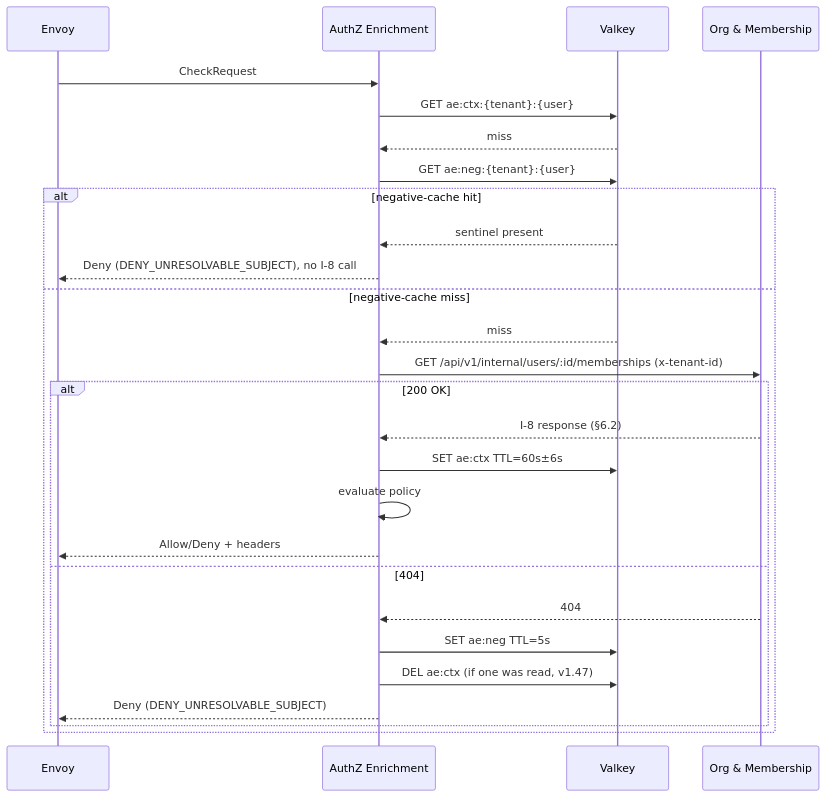
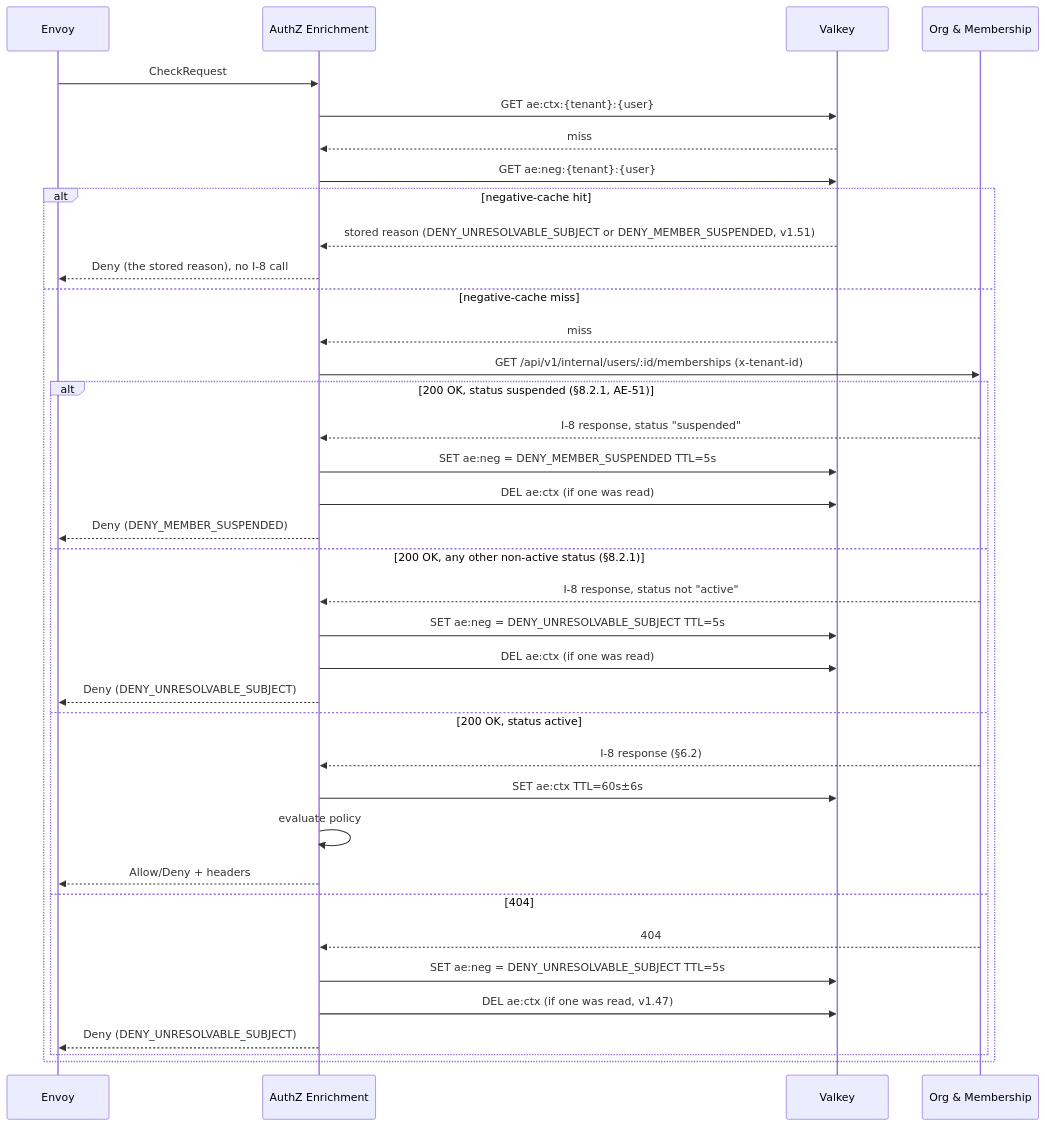
The fourth of 8 diagrams in docs/lld/iam-lld-authz-enrichment.md (BCBP-SOLUTIONS-FZC-LLC/iam-authz-enrichment), drawn with Mermaid before and after one commit. The commit also changed other lines of this file and 44 other files, not shown here.

First line of the commit message:
feat(authz): DENY_MEMBER_SUSPENDED, published deny-code list, cache write guard (AE-51, LLD rev 1.51) (#44)

````diff
--- a/docs/lld/iam-lld-authz-enrichment.md
+++ b/docs/lld/iam-lld-authz-enrichment.md
@@ -647,30 +650,40 @@
 ```mermaid
 sequenceDiagram
     participant Envoy
     participant AuthZ as AuthZ Enrichment
     participant Valkey
     participant OM as Org & Membership
 
     Envoy->>AuthZ: CheckRequest
     AuthZ->>Valkey: GET ae:ctx:{tenant}:{user}
     Valkey-->>AuthZ: miss
     AuthZ->>Valkey: GET ae:neg:{tenant}:{user}
     alt negative-cache hit
-        Valkey-->>AuthZ: sentinel present
-        AuthZ-->>Envoy: Deny (DENY_UNRESOLVABLE_SUBJECT), no I-8 call
+        Valkey-->>AuthZ: stored reason (DENY_UNRESOLVABLE_SUBJECT or DENY_MEMBER_SUSPENDED, v1.51)
+        AuthZ-->>Envoy: Deny (the stored reason), no I-8 call
     else negative-cache miss
         Valkey-->>AuthZ: miss
         AuthZ->>OM: GET /api/v1/internal/users/:id/memberships (x-tenant-id)
-        alt 200 OK
+        alt 200 OK, status suspended (§8.2.1, AE-51)
+            OM-->>AuthZ: I-8 response, status "suspended"
+            AuthZ->>Valkey: SET ae:neg = DENY_MEMBER_SUSPENDED TTL=5s
+            AuthZ->>Valkey: DEL ae:ctx (if one was read)
+            AuthZ-->>Envoy: Deny (DENY_MEMBER_SUSPENDED)
+        else 200 OK, any other non-active status (§8.2.1)
+            OM-->>AuthZ: I-8 response, status not "active"
+            AuthZ->>Valkey: SET ae:neg = DENY_UNRESOLVABLE_SUBJECT TTL=5s
+            AuthZ->>Valkey: DEL ae:ctx (if one was read)
+            AuthZ-->>Envoy: Deny (DENY_UNRESOLVABLE_SUBJECT)
+        else 200 OK, status active
             OM-->>AuthZ: I-8 response (§6.2)
             AuthZ->>Valkey: SET ae:ctx TTL=60s±6s
             AuthZ->>AuthZ: evaluate policy
             AuthZ-->>Envoy: Allow/Deny + headers
         else 404
             OM-->>AuthZ: 404
-            AuthZ->>Valkey: SET ae:neg TTL=5s
+            AuthZ->>Valkey: SET ae:neg = DENY_UNRESOLVABLE_SUBJECT TTL=5s
             AuthZ->>Valkey: DEL ae:ctx (if one was read, v1.47)
             AuthZ-->>Envoy: Deny (DENY_UNRESOLVABLE_SUBJECT)
         end
     end
 ```
````
